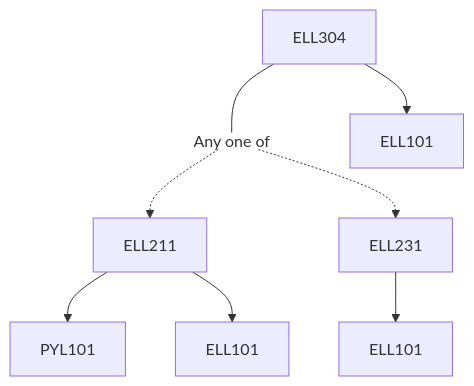
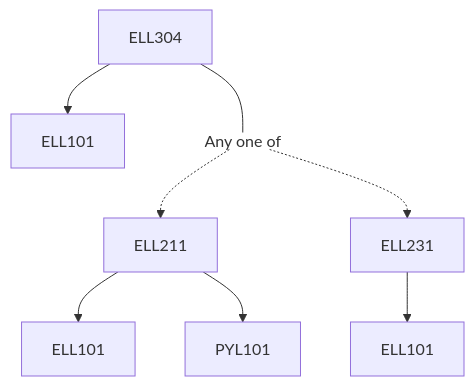
Before and after one commit to KeshavBansal0122/CoS_Website: the diagram in content/Electrical Engineering/ELL304.md, drawn with Mermaid. The commit also changed other lines of this file and 2662 other files, not shown here.

````diff
--- a/content/Electrical Engineering/ELL304.md
+++ b/content/Electrical Engineering/ELL304.md
@@ -13,14 +13,14 @@
 ```mermaid
 flowchart TD
 ELL304-1400[ELL304]
+ELL304-1400 --> ELL101-1400[ELL101]
 ELL304-1400 --- Or1401[Any one of]:::empty
+ELL211-1402 --> ELL101-1402[ELL101]
 ELL211-1402 --> PYL101-1402[PYL101]
 Or1401 -.-> ELL211-1402[ELL211]
-ELL211-1402 --> ELL101-1402[ELL101]
+ELL231-1403 --> ELL101-1403[ELL101]
 Or1401 -.-> ELL231-1403[ELL231]
-ELL231-1403 --> ELL101-1403[ELL101]
-ELL304-1400 --> ELL101-1400[ELL101]
 
 classDef empty height:17px, fill:transparent, stroke:transparent;
 classDef trueEmpty height:0px, width:0px;
 ```
````
